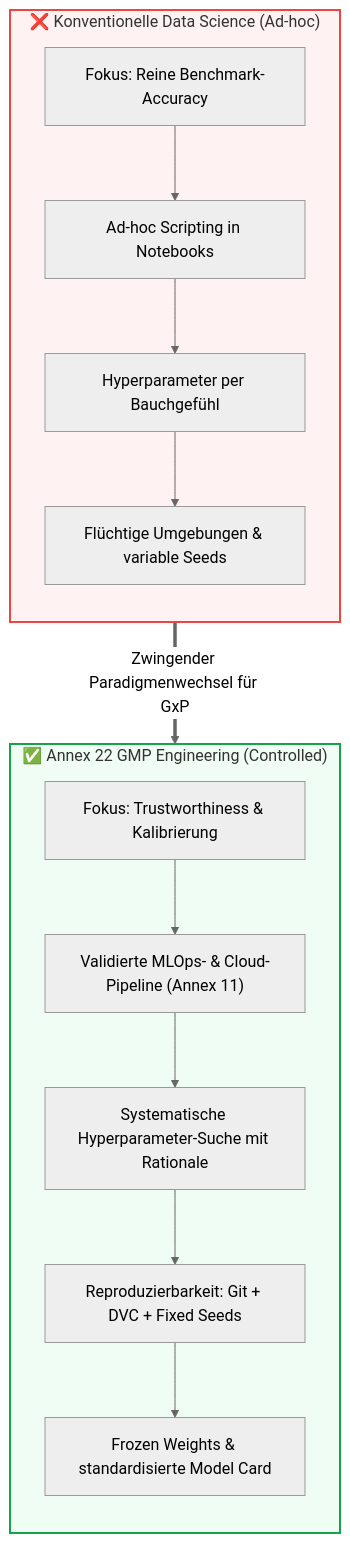
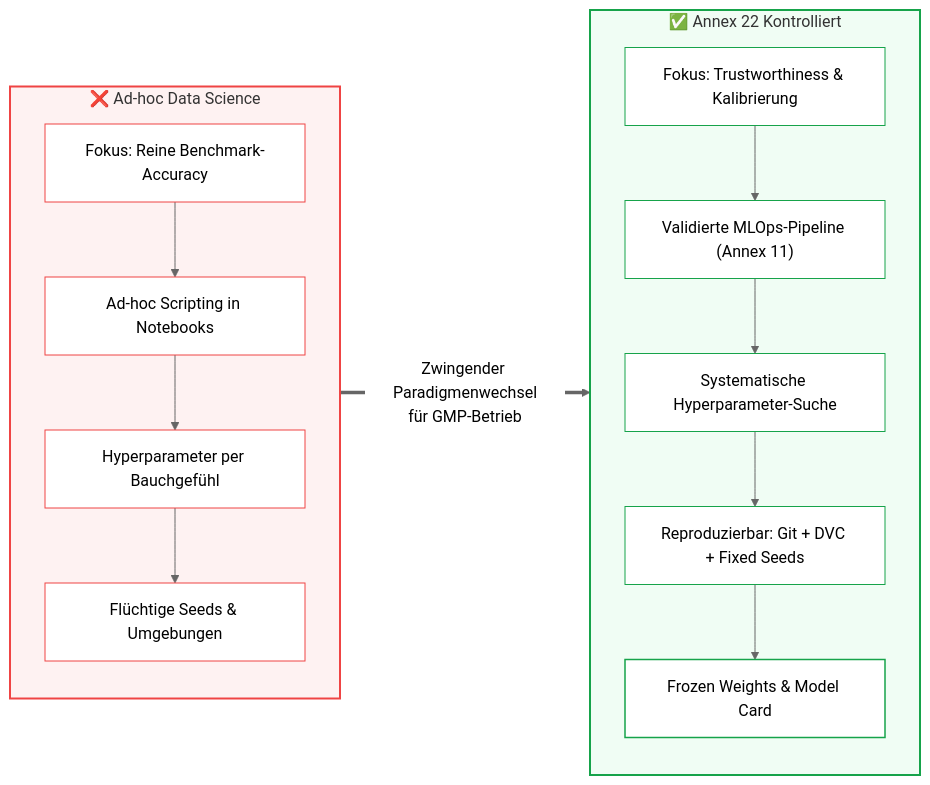
One commit to Lunaman06/Annex22 changed the diagram in docs/de/module_07_model_development_training.md. Above: the diagram before and after it, drawn with Mermaid (neutral theme). The commit also changed 29 other files, not shown here.

Commit message:
style(docs): optimize mermaid diagram aspect ratios, edge flows and legibility across all DE and EN modules

````diff
--- a/docs/de/module_07_model_development_training.md
+++ b/docs/de/module_07_model_development_training.md
@@ -22,22 +22,35 @@
 ```mermaid
-flowchart TD
-    subgraph DS["❌ Konventionelle Data Science (Ad-hoc)"]
+flowchart LR
+    subgraph DS["❌ Ad-hoc Data Science"]
         direction TB
-        DS1["Fokus: Reine Benchmark-Accuracy"] --> DS2["Ad-hoc Scripting in Notebooks"]
-        DS2 --> DS3["Hyperparameter per Bauchgefühl"]
-        DS3 --> DS4["Flüchtige Umgebungen & variable Seeds"]
+        DS1["Fokus: Reine Benchmark-Accuracy"]
+        DS2["Ad-hoc Scripting in Notebooks"]
+        DS3["Hyperparameter per Bauchgefühl"]
+        DS4["Flüchtige Seeds & Umgebungen"]
+        DS1 --> DS2 --> DS3 --> DS4
     end
 
-    DS ==>|Zwingender Paradigmenwechsel für GxP| A22
+    subgraph A22["✅ Annex 22 Kontrolliert"]
+        direction TB
+        G1["Fokus: Trustworthiness & Kalibrierung"]
+        G2["Validierte MLOps-Pipeline (Annex 11)"]
+        G3["Systematische Hyperparameter-Suche"]
+        G4["Reproduzierbar: Git + DVC + Fixed Seeds"]
+        G5["Frozen Weights & Model Card"]
+        G1 --> G2 --> G3 --> G4 --> G5
+    end
 
-    subgraph A22["✅ Annex 22 GMP Engineering (Controlled)"]
-        direction TB
-        G1["Fokus: Trustworthiness & Kalibrierung"] --> G2["Validierte MLOps- & Cloud-Pipeline (Annex 11)"]
-        G2 --> G3["Systematische Hyperparameter-Suche mit Rationale"]
-        G3 --> G4["Reproduzierbarkeit: Git + DVC + Fixed Seeds"]
-        G4 --> G5["Frozen Weights & standardisierte Model Card"]
-    end
+    DS ==>|"Zwingender Paradigmenwechsel<br/>für GMP-Betrieb"| A22
 
     style DS fill:#fef2f2,stroke:#ef4444,stroke-width:2px
     style A22 fill:#f0fdf4,stroke:#16a34a,stroke-width:2px
+    style DS1 fill:#ffffff,stroke:#ef4444,stroke-width:1px
+    style DS2 fill:#ffffff,stroke:#ef4444,stroke-width:1px
+    style DS3 fill:#ffffff,stroke:#ef4444,stroke-width:1px
+    style DS4 fill:#ffffff,stroke:#ef4444,stroke-width:1px
+    style G1 fill:#ffffff,stroke:#16a34a,stroke-width:1px
+    style G2 fill:#ffffff,stroke:#16a34a,stroke-width:1px
+    style G3 fill:#ffffff,stroke:#16a34a,stroke-width:1px
+    style G4 fill:#ffffff,stroke:#16a34a,stroke-width:1px
+    style G5 fill:#ffffff,stroke:#16a34a,stroke-width:1.5px
 ```
````
